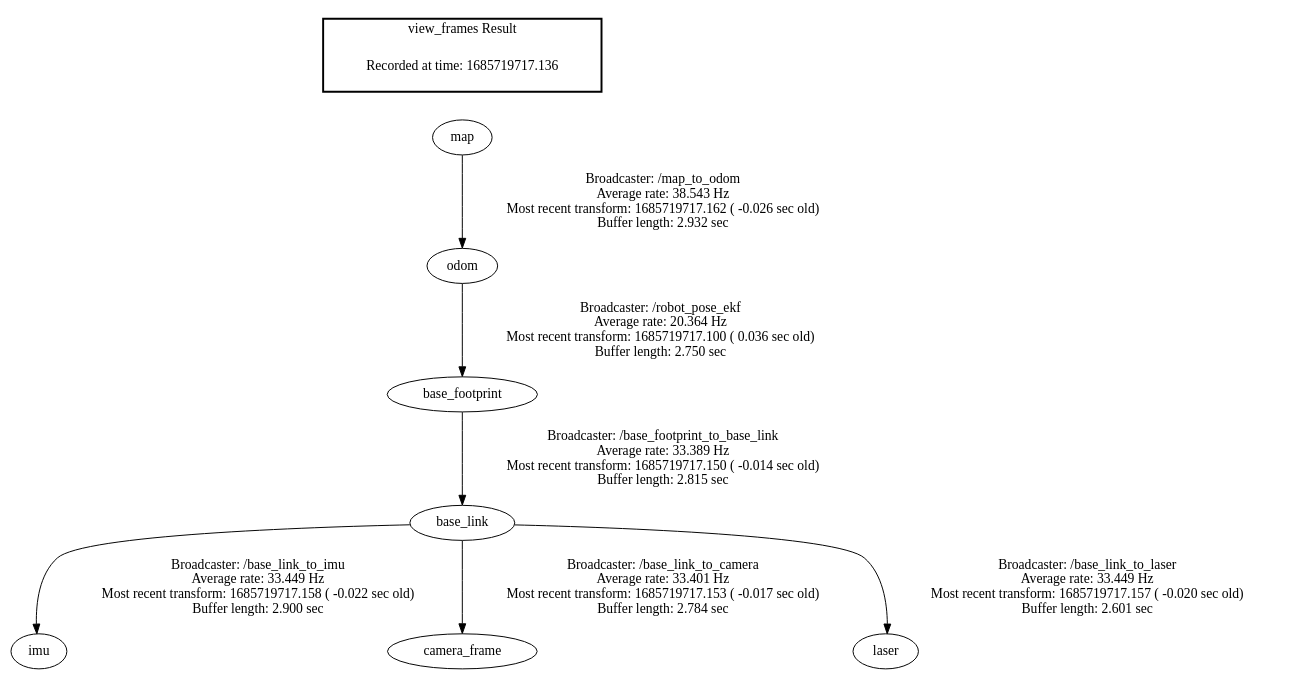
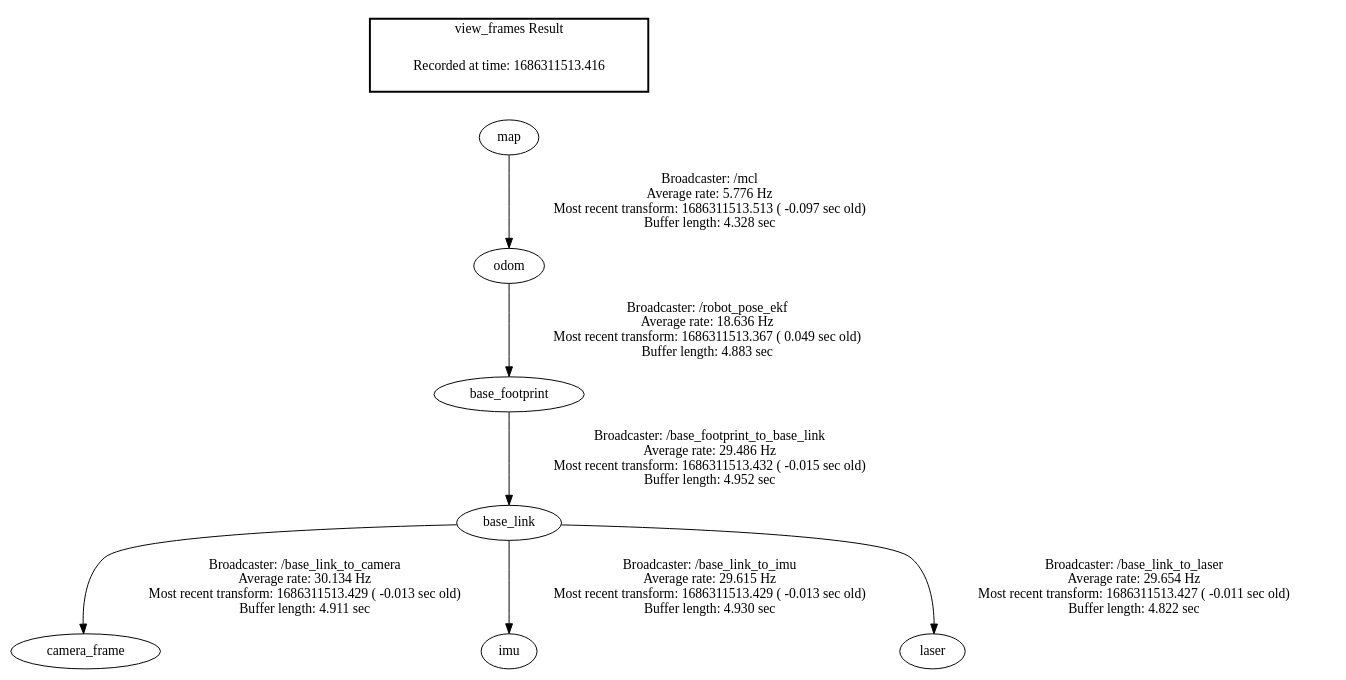
The diagram in frames.gv (nguyen-v/goombot_jetson), drawn with Graphviz before and after one commit. The commit also changed 59 other files, not shown here.

```diff
--- a/frames.gv
+++ b/frames.gv
@@ -1,12 +1,12 @@
 digraph G {
-"base_link" -> "imu"[label="Broadcaster: /base_link_to_imu\nAverage rate: 33.449 Hz\nMost recent transform: 1685719717.158 ( -0.022 sec old)\nBuffer length: 2.900 sec\n"];
-"base_footprint" -> "base_link"[label="Broadcaster: /base_footprint_to_base_link\nAverage rate: 33.389 Hz\nMost recent transform: 1685719717.150 ( -0.014 sec old)\nBuffer length: 2.815 sec\n"];
-"map" -> "odom"[label="Broadcaster: /map_to_odom\nAverage rate: 38.543 Hz\nMost recent transform: 1685719717.162 ( -0.026 sec old)\nBuffer length: 2.932 sec\n"];
-"odom" -> "base_footprint"[label="Broadcaster: /robot_pose_ekf\nAverage rate: 20.364 Hz\nMost recent transform: 1685719717.100 ( 0.036 sec old)\nBuffer length: 2.750 sec\n"];
-"base_link" -> "camera_frame"[label="Broadcaster: /base_link_to_camera\nAverage rate: 33.401 Hz\nMost recent transform: 1685719717.153 ( -0.017 sec old)\nBuffer length: 2.784 sec\n"];
-"base_link" -> "laser"[label="Broadcaster: /base_link_to_laser\nAverage rate: 33.449 Hz\nMost recent transform: 1685719717.157 ( -0.020 sec old)\nBuffer length: 2.601 sec\n"];
+"base_footprint" -> "base_link"[label="Broadcaster: /base_footprint_to_base_link\nAverage rate: 29.486 Hz\nMost recent transform: 1686311513.432 ( -0.015 sec old)\nBuffer length: 4.952 sec\n"];
+"odom" -> "base_footprint"[label="Broadcaster: /robot_pose_ekf\nAverage rate: 18.636 Hz\nMost recent transform: 1686311513.367 ( 0.049 sec old)\nBuffer length: 4.883 sec\n"];
+"base_link" -> "camera_frame"[label="Broadcaster: /base_link_to_camera\nAverage rate: 30.134 Hz\nMost recent transform: 1686311513.429 ( -0.013 sec old)\nBuffer length: 4.911 sec\n"];
+"base_link" -> "imu"[label="Broadcaster: /base_link_to_imu\nAverage rate: 29.615 Hz\nMost recent transform: 1686311513.429 ( -0.013 sec old)\nBuffer length: 4.930 sec\n"];
+"map" -> "odom"[label="Broadcaster: /mcl\nAverage rate: 5.776 Hz\nMost recent transform: 1686311513.513 ( -0.097 sec old)\nBuffer length: 4.328 sec\n"];
+"base_link" -> "laser"[label="Broadcaster: /base_link_to_laser\nAverage rate: 29.654 Hz\nMost recent transform: 1686311513.427 ( -0.011 sec old)\nBuffer length: 4.822 sec\n"];
 edge [style=invis];
  subgraph cluster_legend { style=bold; color=black; label ="view_frames Result";
-"Recorded at time: 1685719717.136"[ shape=plaintext ] ;
+"Recorded at time: 1686311513.416"[ shape=plaintext ] ;
  }->"map";
 }
```
